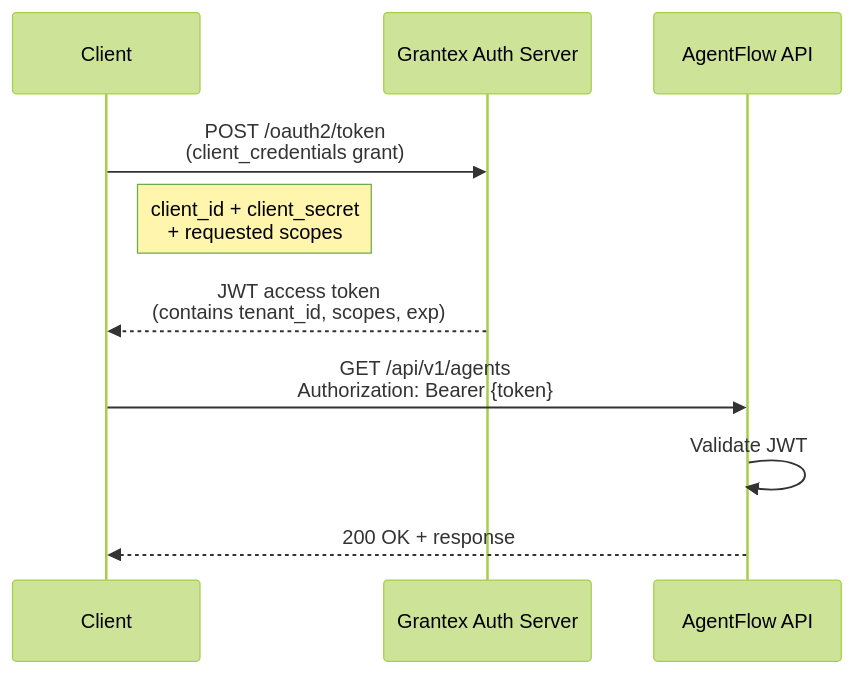
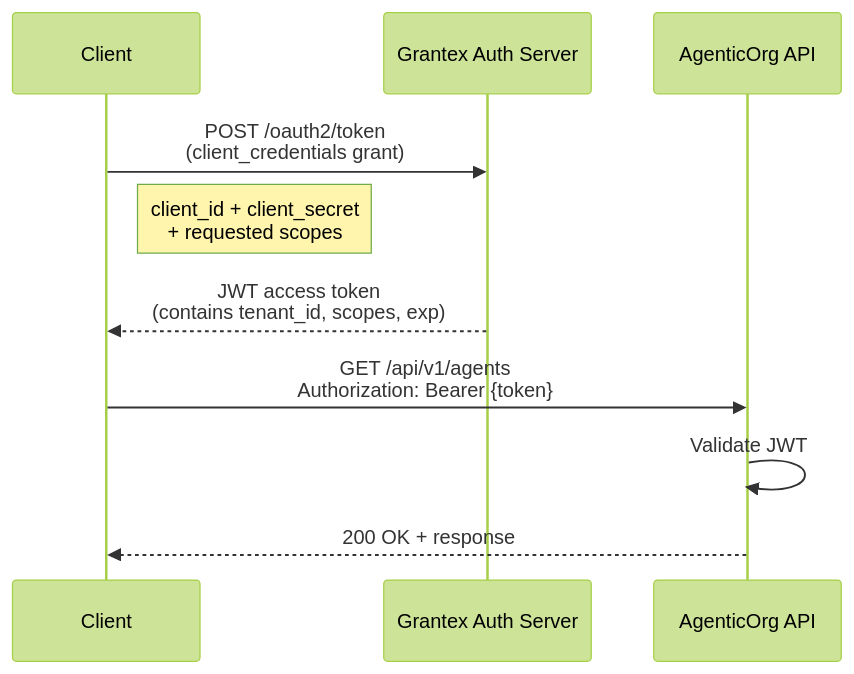
Before and after one commit to mishrasanjeev/agentic-org: the second of 9 diagrams in docs/api-reference.md, drawn with Mermaid (forest theme). The commit also changed other lines of this file and 72 other files, not shown here.

First line of the commit message:
feat: rebrand to AgenticOrg + ROI calculator + comparison page

````diff
--- a/docs/api-reference.md
+++ b/docs/api-reference.md
@@ -59,14 +59,14 @@
 ```mermaid
 sequenceDiagram
     participant Client
     participant Grantex as Grantex Auth Server
-    participant API as AgentFlow API
+    participant API as AgenticOrg API
 
     Client->>Grantex: POST /oauth2/token<br/>(client_credentials grant)
     Note right of Client: client_id + client_secret<br/>+ requested scopes
     Grantex-->>Client: JWT access token<br/>(contains tenant_id, scopes, exp)
 
     Client->>API: GET /api/v1/agents<br/>Authorization: Bearer {token}
     API->>API: Validate JWT
     API-->>Client: 200 OK + response
 ```
````
